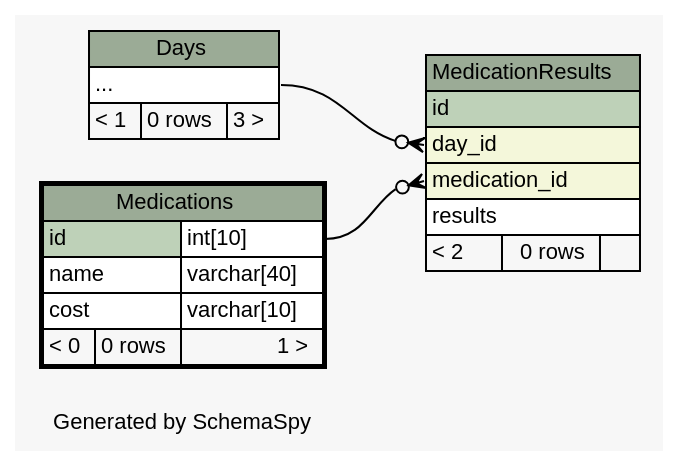
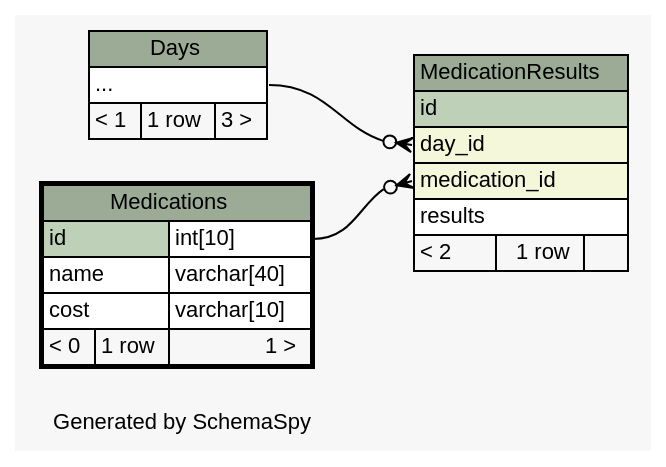
Before and after one commit to carrel2/CaseStudies: the diagram in web/files/schema/diagrams/Medications.2degrees.dot, drawn with Graphviz. The commit also changed 58 other files, not shown here.

Commit message:
Start to update controllers to use new database schema.

```diff
--- a/web/files/schema/diagrams/Medications.2degrees.dot
+++ b/web/files/schema/diagrams/Medications.2degrees.dot
@@ -1,59 +1,59 @@
 // dot 2.38.0 on Linux 4.4.0-62-generic
 // SchemaSpy rev 590
 digraph "twoDegreesRelationshipsDiagram" {
   graph [
     rankdir="RL"
     bgcolor="#f7f7f7"
     label="\nGenerated by SchemaSpy"
     labeljust="l"
     nodesep="0.18"
     ranksep="0.46"
     fontname="Helvetica"
     fontsize="11"
   ];
   node [
     fontname="Helvetica"
     fontsize="11"
     shape="plaintext"
   ];
   edge [
     arrowsize="0.8"
   ];
   "MedicationResults":"day_id":w -> "Days":"elipses":e [arrowhead=none dir=back arrowtail=crowodot];
   "MedicationResults":"medication_id":w -> "Medications":"id.type":e [arrowhead=none dir=back arrowtail=crowodot];
   "Days" [
     label=<
     <TABLE BORDER="0" CELLBORDER="1" CELLSPACING="0" BGCOLOR="#ffffff">
       <TR><TD COLSPAN="3" BGCOLOR="#9bab96" ALIGN="CENTER">Days</TD></TR>
       <TR><TD PORT="elipses" COLSPAN="3" ALIGN="LEFT">...</TD></TR>
-      <TR><TD ALIGN="LEFT" BGCOLOR="#f7f7f7">&lt; 1</TD><TD ALIGN="RIGHT" BGCOLOR="#f7f7f7">0 rows</TD><TD ALIGN="RIGHT" BGCOLOR="#f7f7f7">3 &gt;</TD></TR>
+      <TR><TD ALIGN="LEFT" BGCOLOR="#f7f7f7">&lt; 1</TD><TD ALIGN="RIGHT" BGCOLOR="#f7f7f7">1 row</TD><TD ALIGN="RIGHT" BGCOLOR="#f7f7f7">3 &gt;</TD></TR>
     </TABLE>>
     URL="Days.html"
     tooltip="Days"
   ];
   "MedicationResults" [
     label=<
     <TABLE BORDER="0" CELLBORDER="1" CELLSPACING="0" BGCOLOR="#ffffff">
       <TR><TD COLSPAN="3" BGCOLOR="#9bab96" ALIGN="CENTER">MedicationResults</TD></TR>
       <TR><TD PORT="id" COLSPAN="3" BGCOLOR="#bed1b8" ALIGN="LEFT">id</TD></TR>
       <TR><TD PORT="day_id" COLSPAN="3" BGCOLOR="#f4f7da" ALIGN="LEFT">day_id</TD></TR>
       <TR><TD PORT="medication_id" COLSPAN="3" BGCOLOR="#f4f7da" ALIGN="LEFT">medication_id</TD></TR>
       <TR><TD PORT="results" COLSPAN="3" ALIGN="LEFT">results</TD></TR>
-      <TR><TD ALIGN="LEFT" BGCOLOR="#f7f7f7">&lt; 2</TD><TD ALIGN="RIGHT" BGCOLOR="#f7f7f7">0 rows</TD><TD ALIGN="RIGHT" BGCOLOR="#f7f7f7">  </TD></TR>
+      <TR><TD ALIGN="LEFT" BGCOLOR="#f7f7f7">&lt; 2</TD><TD ALIGN="RIGHT" BGCOLOR="#f7f7f7">1 row</TD><TD ALIGN="RIGHT" BGCOLOR="#f7f7f7">  </TD></TR>
     </TABLE>>
     URL="MedicationResults.html"
     tooltip="MedicationResults"
   ];
   "Medications" [
     label=<
     <TABLE BORDER="2" CELLBORDER="1" CELLSPACING="0" BGCOLOR="#ffffff">
       <TR><TD COLSPAN="3" BGCOLOR="#9bab96" ALIGN="CENTER">Medications</TD></TR>
       <TR><TD PORT="id" COLSPAN="2" BGCOLOR="#bed1b8" ALIGN="LEFT">id</TD><TD PORT="id.type" ALIGN="LEFT">int[10]</TD></TR>
       <TR><TD PORT="name" COLSPAN="2" ALIGN="LEFT">name</TD><TD PORT="name.type" ALIGN="LEFT">varchar[40]</TD></TR>
       <TR><TD PORT="cost" COLSPAN="2" ALIGN="LEFT">cost</TD><TD PORT="cost.type" ALIGN="LEFT">varchar[10]</TD></TR>
-      <TR><TD ALIGN="LEFT" BGCOLOR="#f7f7f7">&lt; 0</TD><TD ALIGN="RIGHT" BGCOLOR="#f7f7f7">0 rows</TD><TD ALIGN="RIGHT" BGCOLOR="#f7f7f7">1 &gt;</TD></TR>
+      <TR><TD ALIGN="LEFT" BGCOLOR="#f7f7f7">&lt; 0</TD><TD ALIGN="RIGHT" BGCOLOR="#f7f7f7">1 row</TD><TD ALIGN="RIGHT" BGCOLOR="#f7f7f7">1 &gt;</TD></TR>
     </TABLE>>
     URL="Medications.html"
     tooltip="Medications"
   ];
 }
```
